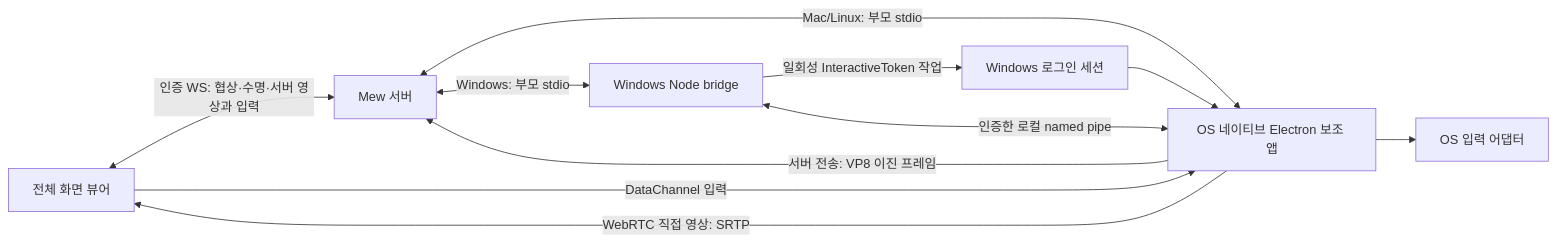
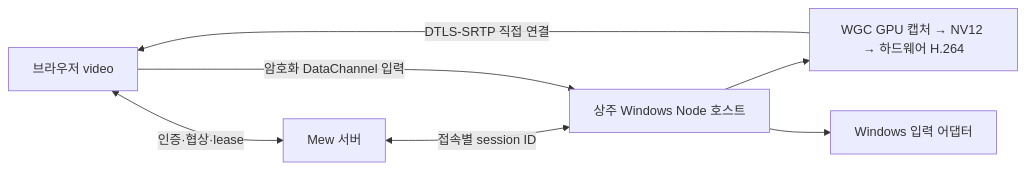
One commit to liiiiv-life/mew changed the diagram in docs/development/remote-desktop.md. Above: the diagram before and after it, drawn with Mermaid. The commit also changed other lines of this file and 101 other files, not shown here.

First line of the commit message:
feat(desktop): adopt resident native GPU hosts and direct WebRTC

````diff
--- a/docs/development/remote-desktop.md
+++ b/docs/development/remote-desktop.md
@@ -17,15 +15,9 @@
 ```mermaid
 flowchart LR
-  accTitle: 원격 데스크톱 연결 구조
-  accDescr: 브라우저, Mew 서버, OS 보조 앱 사이의 영상 및 입력 전달 경로
-  V[전체 화면 뷰어] <-->|인증 WS: 협상·수명·서버 영상과 입력| M[Mew 서버]
-  M <-->|Mac/Linux: 부모 stdio| H[OS 네이티브 Electron 보조 앱]
-  M <-->|Windows: 부모 stdio| B[Windows Node bridge]
-  B -->|일회성 InteractiveToken 작업| T[Windows 로그인 세션]
-  T --> H
-  B <-->|인증한 로컬 named pipe| H
-  H -->|WebRTC 직접 영상: SRTP| V
-  H -->|서버 전송: VP8 이진 프레임| M
-  V -->|DataChannel 입력| H
-  H --> I[OS 입력 어댑터]
+  V[브라우저 video] <-->|인증·협상·lease| S[Mew 서버]
+  S <-->|접속별 session ID| H[상주 Windows Node 호스트]
+  H --> G[WGC GPU 캡처 → NV12 → 하드웨어 H.264]
+  G -->|DTLS-SRTP 직접 연결| V
+  V -->|암호화 DataChannel 입력| H
+  H --> I[Windows 입력 어댑터]
 ```
````
